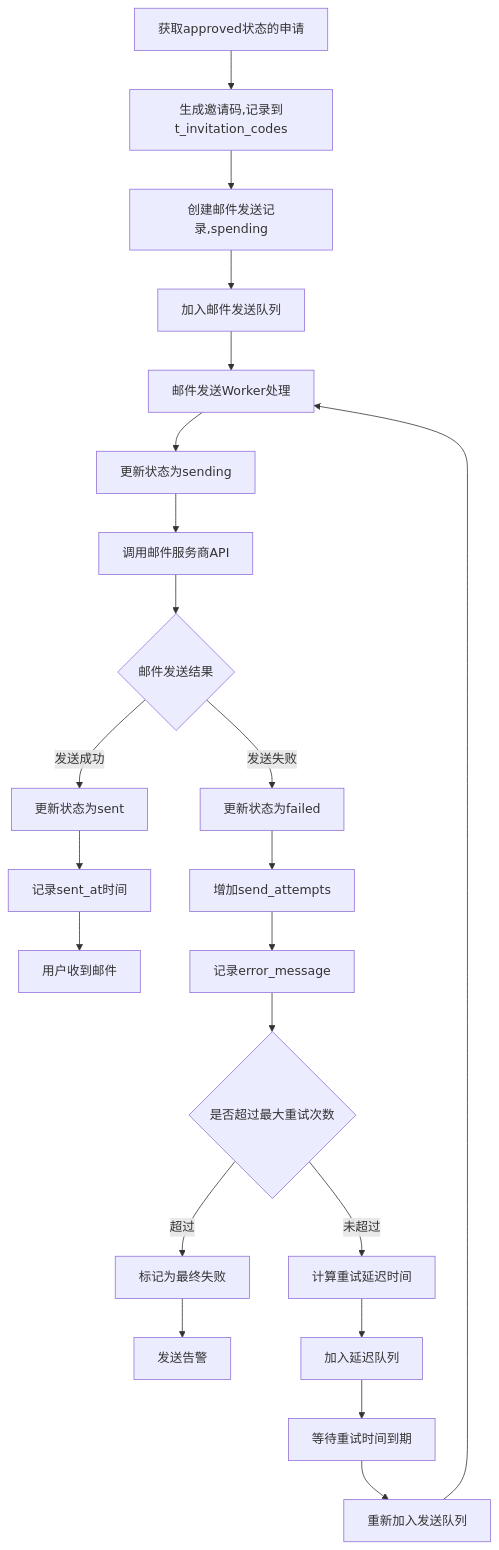
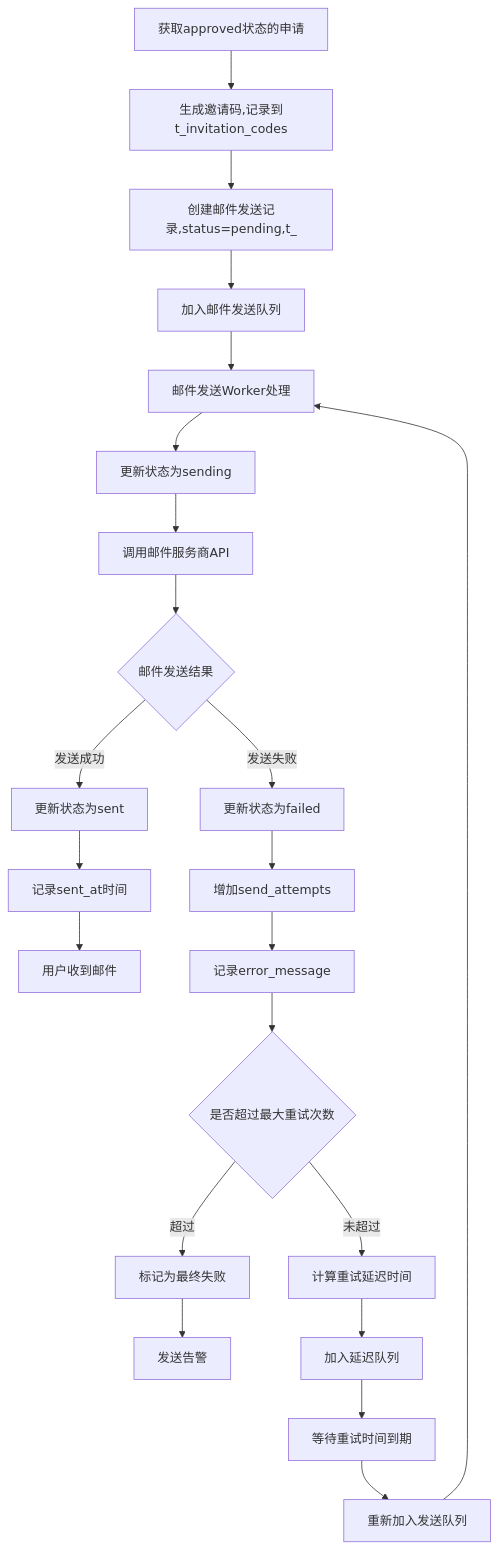
One commit to yingjianzh/iodraw-files changed the diagram in all/未命名-77.md. Above: the diagram before and after it, drawn with Mermaid.

Commit message:
2025-07-08 10:05:20 update

````diff
--- a/all/未命名-77.md
+++ b/all/未命名-77.md
@@ -1,29 +1,29 @@
 ```mermaid
 
 flowchart TD
     A[获取approved状态的申请] --> B[生成邀请码,记录到t_invitation_codes]
-    B --> C[创建邮件发送记录,spending]
+    B --> C[创建邮件发送记录,status=pending,t_]
     C --> D[加入邮件发送队列]
     
     D --> E[邮件发送Worker处理]
     E --> F[更新状态为sending]
     F --> G[调用邮件服务商API]
     G --> H{邮件发送结果}
     
     H -->|发送成功| I[更新状态为sent]
     I --> J[记录sent_at时间]
     J --> K[用户收到邮件]
     
     H -->|发送失败| L[更新状态为failed]
     L --> M[增加send_attempts]
     M --> N[记录error_message]
     N --> O{是否超过最大重试次数}
     O -->|超过| P[标记为最终失败]
     P --> Q[发送告警]
     O -->|未超过| R[计算重试延迟时间]
     R --> S[加入延迟队列]
     S --> T[等待重试时间到期]
     T --> U[重新加入发送队列]
     U --> E
 
 ```
````
